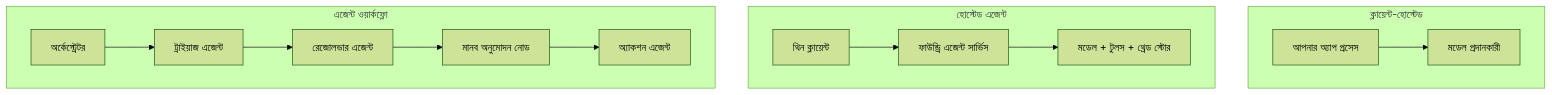
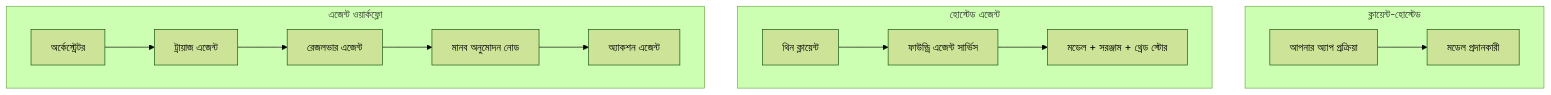
Before and after one commit to microsoft/ai-agents-for-beginners: the first of 4 diagrams in translations/bn/16-deploying-scalable-agents/README.md, drawn with Mermaid (forest theme). The commit also changed other lines of this file and 45 other files, not shown here.

````diff
--- a/translations/bn/16-deploying-scalable-agents/README.md
+++ b/translations/bn/16-deploying-scalable-agents/README.md
@@ -87,16 +87,16 @@
 ```mermaid
 flowchart TB
     subgraph P1[ক্লায়েন্ট-হোস্টেড]
-        A1[আপনার অ্যাপ প্রসেস] --> M1[মডেল প্রদানকারী]
+        A1[আপনার অ্যাপ প্রক্রিয়া] --> M1[মডেল প্রদানকারী]
     end
     subgraph P2[হোস্টেড এজেন্ট]
         A2[থিন ক্লায়েন্ট] --> F2[ফাউন্ড্রি এজেন্ট সার্ভিস]
-        F2 --> M2[মডেল + টুলস + থ্রেড স্টোর]
+        F2 --> M2[মডেল + সরঞ্জাম + থ্রেড স্টোর]
     end
     subgraph P3[এজেন্ট ওয়ার্কফ্লো]
-        A3[অর্কেস্ট্রেটর] --> S1[ট্রাইয়াজ এজেন্ট]
-        S1 --> S2[রেজোলভার এজেন্ট]
+        A3[অর্কেস্ট্রেটর] --> S1[ট্রায়াজ এজেন্ট]
+        S1 --> S2[রেজলভার এজেন্ট]
         S2 --> H[মানব অনুমোদন নোড]
         H --> S3[অ্যাকশন এজেন্ট]
     end
 ```
````
